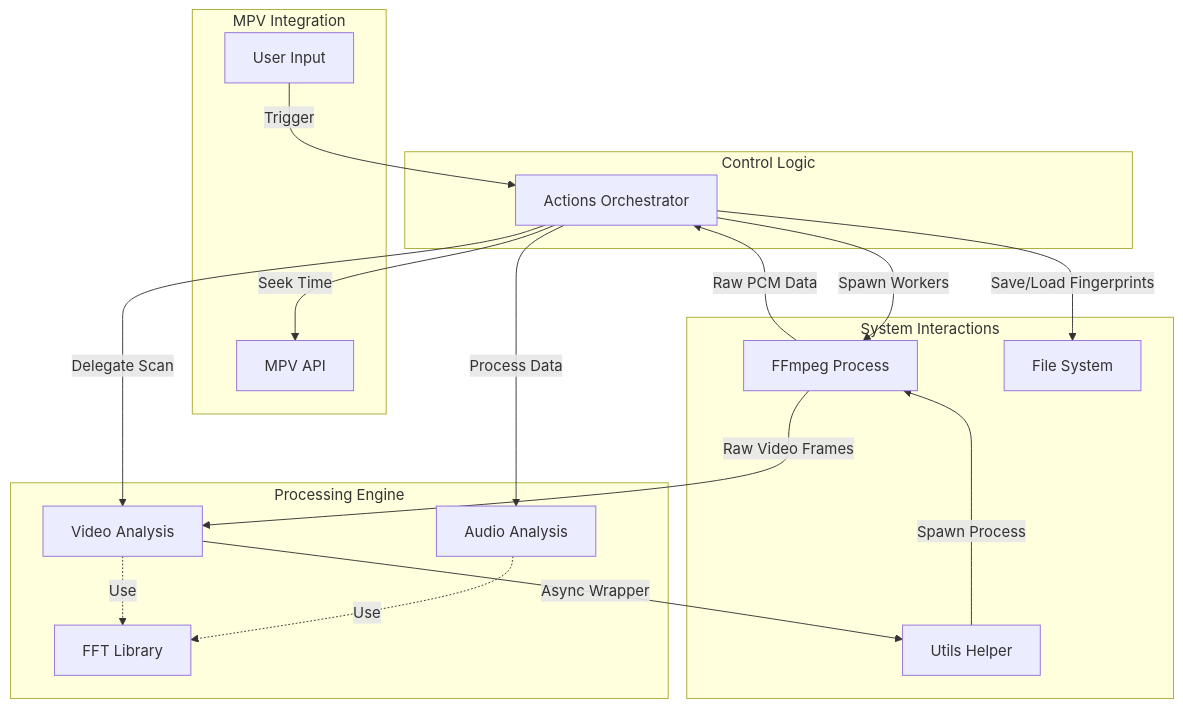
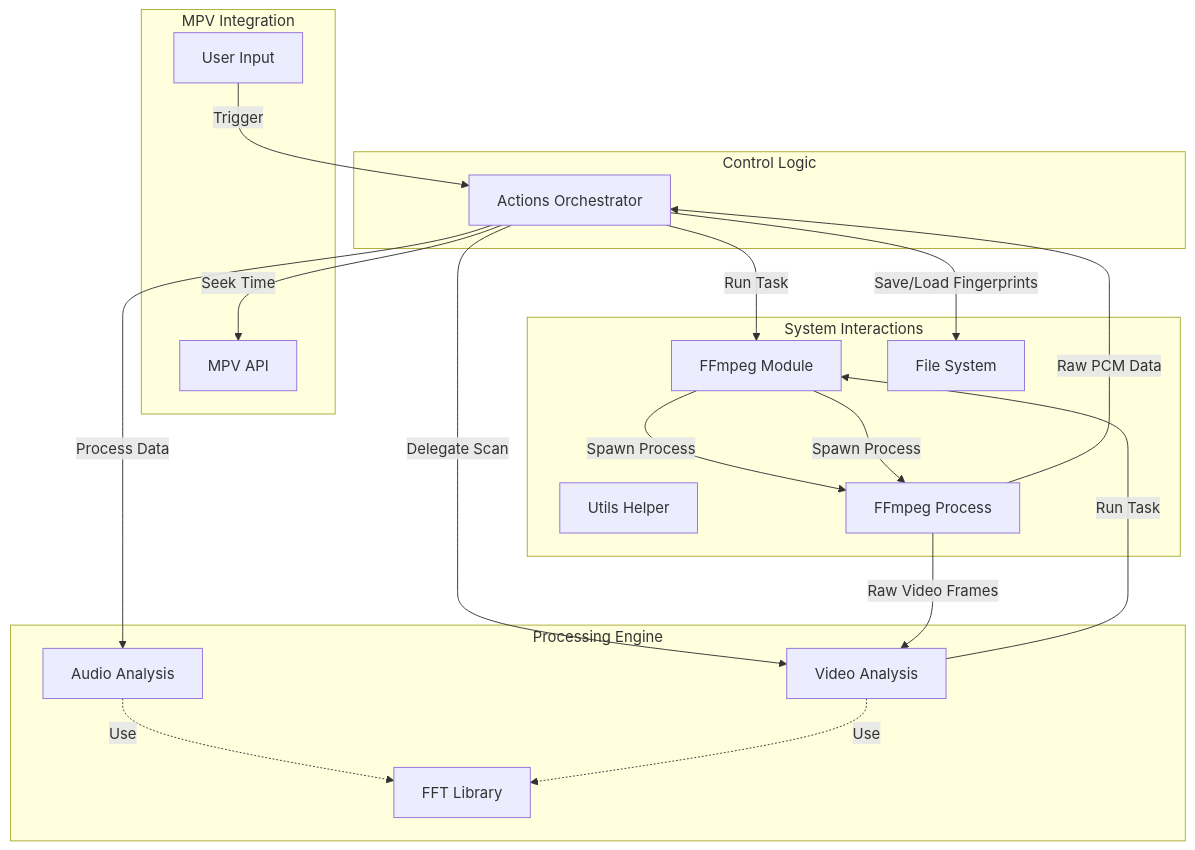
The diagram in memory-bank/systemPatterns.md (jjangsangy/intro-fingerprint), drawn with Mermaid before and after one commit. The commit also changed other lines of this file and 7 other files, not shown here.

````diff
--- a/memory-bank/systemPatterns.md
+++ b/memory-bank/systemPatterns.md
@@ -6,43 +6,45 @@
 ```mermaid
 flowchart TD
     subgraph Host [MPV Integration]
         Input[User Input]
         API[MPV API]
     end
 
     subgraph Logic [Control Logic]
         Actions[Actions Orchestrator]
     end
 
     subgraph Engine [Processing Engine]
         Audio[Audio Analysis]
         Video[Video Analysis]
         FFT[FFT Library]
     end
 
     subgraph System [System Interactions]
         Utils[Utils Helper]
-        FFmpeg[FFmpeg Process]
+        FFmpegMod[FFmpeg Module]
+        FFmpegProc[FFmpeg Process]
         FS[File System]
     end
 
     %% Trigger
     Input -->|Trigger| Actions
 
     %% Audio Data Flow
-    Actions -- Spawn Workers --> FFmpeg
-    FFmpeg -- Raw PCM Data --> Actions
+    Actions -- Run Task --> FFmpegMod
+    FFmpegMod -- Spawn Process --> FFmpegProc
+    FFmpegProc -- Raw PCM Data --> Actions
     Actions -- Process Data --> Audio
     Audio -.->|Use| FFT
 
     %% Video Data Flow
     Actions -- Delegate Scan --> Video
-    Video -- Async Wrapper --> Utils
-    Utils -- Spawn Process --> FFmpeg
-    FFmpeg -- Raw Video Frames --> Video
+    Video -- Run Task --> FFmpegMod
+    FFmpegMod -- Spawn Process --> FFmpegProc
+    FFmpegProc -- Raw Video Frames --> Video
     Video -.->|Use| FFT
 
     %% Persistence & Effect
     Actions -- Save/Load Fingerprints --> FS
     Actions -- Seek Time --> API
 ```
````
